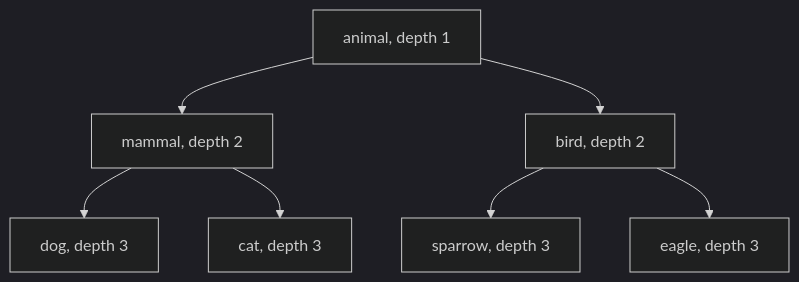
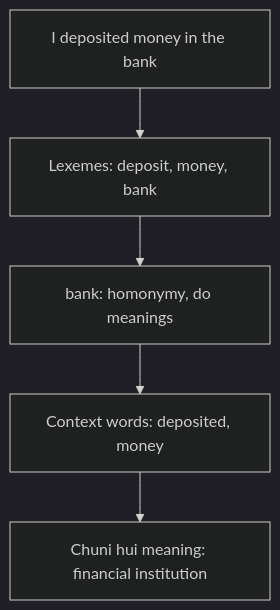
One commit to TrendySloth1001/sem-seven-notes changed the sixth of 6 diagrams in content/natural-language-processing/notes/lexical-semantics.hi.mdx. Above: the diagram before and after it, drawn with Mermaid (dark theme). The commit also changed other lines of this file and 406 other files, not shown here.

````diff
--- a/content/natural-language-processing/notes/lexical-semantics.hi.mdx
+++ b/content/natural-language-processing/notes/lexical-semantics.hi.mdx
@@ -317,10 +133,8 @@
 ```mermaid
-%% caption: Examples 1 aur 2 mein use hone wala chhota is-a tree. Har word ke paas ka number uski depth hai jab root ko depth 1 maana jaye.
+%% caption: Example sentence ka lexical semantic analysis.
 flowchart TD
-  A["animal, depth 1"] --> M["mammal, depth 2"]
-  A --> B["bird, depth 2"]
-  M --> D["dog, depth 3"]
-  M --> C["cat, depth 3"]
-  B --> S["sparrow, depth 3"]
-  B --> E["eagle, depth 3"]
+  A["I deposited money in the bank"] --> B["Lexemes: deposit, money, bank"]
+  B --> C["bank: homonymy, do meanings"]
+  C --> D["Context words: deposited, money"]
+  D --> E["Chuni hui meaning: financial institution"]
 ```
````
